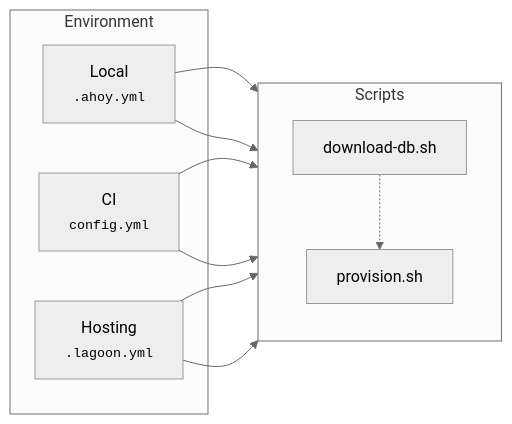
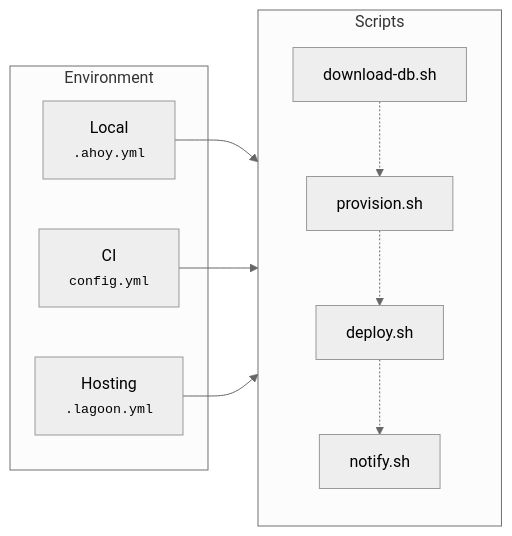
One commit to drevops/vortex changed the first of 2 diagrams in .vortex/docs/content/getting-started/architecture.mdx. Above: the diagram before and after it, drawn with Mermaid (neutral theme). The commit also changed other lines of this file and 153 other files, not shown here.

````diff
--- a/.vortex/docs/content/getting-started/architecture.mdx
+++ b/.vortex/docs/content/getting-started/architecture.mdx
@@ -139,20 +160,19 @@
 ```mermaid
     flowchart LR
     subgraph Environment
         A[Local<br/><small><code>.ahoy.yml</code></small>]
         B[CI<br/><small><code>config.yml</code></small>]
         C[Hosting<br/><small><code>.lagoon.yml</code></small>]
     end
 
     subgraph Scripts
         direction TB
         D["download-db.sh"] -.-> E["provision.sh"]
+        E["provision.sh"] -.-> F["deploy.sh"]
+        F["deploy.sh"] -.-> G["notify.sh"]
     end
 
     A --> Scripts
-    A --> Scripts
-    B --> Scripts
     B --> Scripts
     C --> Scripts
-    C --> Scripts
 ```
````
